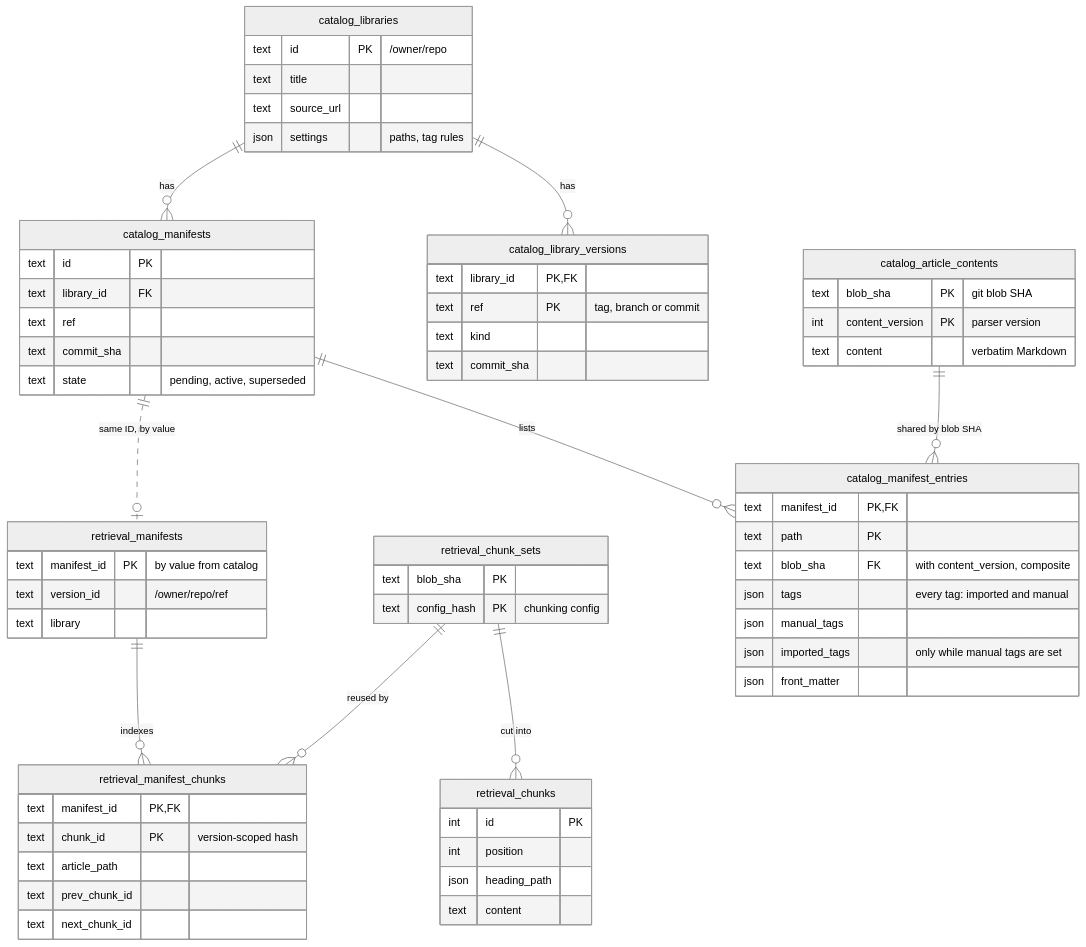
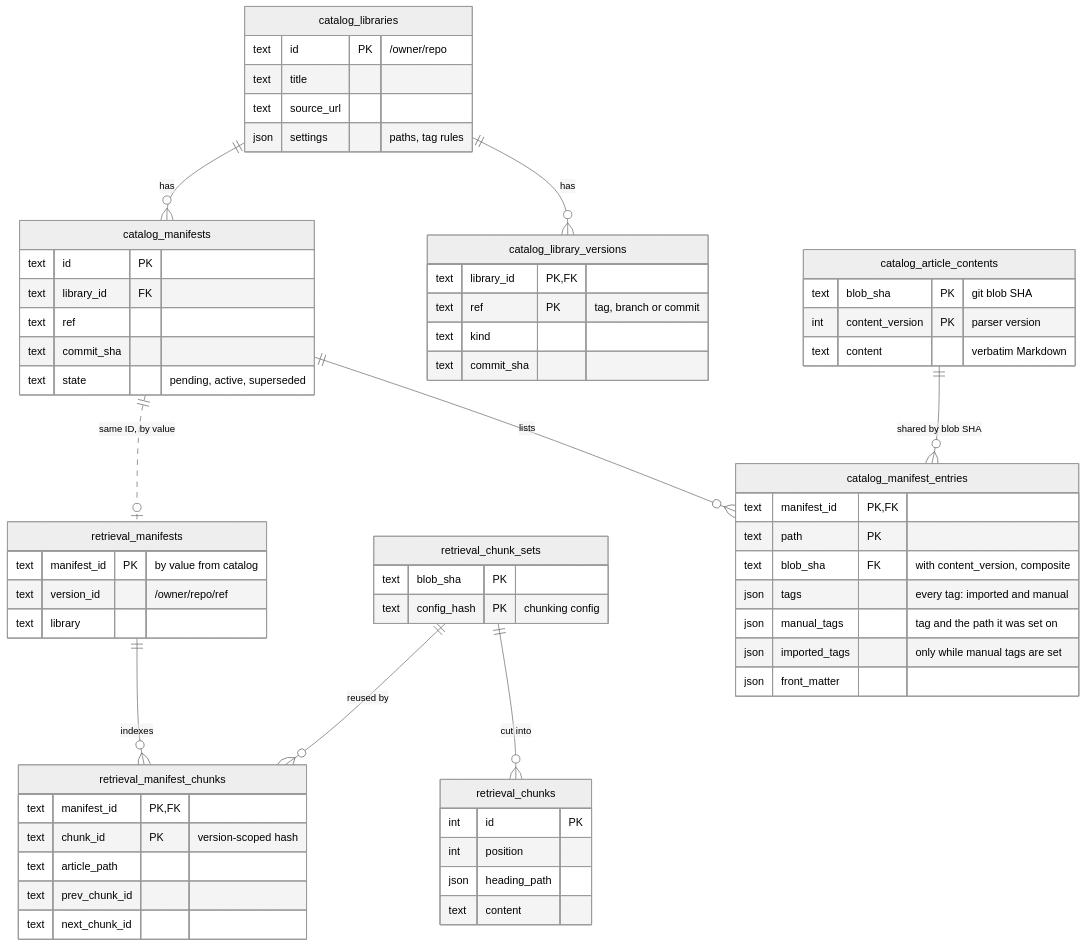
The second of 5 diagrams in docs/architecture.md (SirCypkowskyy/ExactDocs), drawn with Mermaid (neutral theme) before and after one commit. The commit also changed other lines of this file and 22 other files, not shown here.

Commit message:
fix(catalog): manual tags name the path they were set on; one serve worker; per-library tag locks (#68)

````diff
--- a/docs/architecture.md
+++ b/docs/architecture.md
@@ -189,70 +190,70 @@
 ```mermaid
 erDiagram
     catalog_libraries ||--o{ catalog_library_versions : "has"
     catalog_libraries ||--o{ catalog_manifests : "has"
     catalog_manifests ||--o{ catalog_manifest_entries : "lists"
     catalog_article_contents ||--o{ catalog_manifest_entries : "shared by blob SHA"
 
     catalog_libraries {
         text id PK "/owner/repo"
         text title
         text source_url
         json settings "paths, tag rules"
     }
     catalog_library_versions {
         text library_id PK, FK
         text ref PK "tag, branch or commit"
         text kind
         text commit_sha
     }
     catalog_manifests {
         text id PK
         text library_id FK
         text ref
         text commit_sha
         text state "pending, active, superseded"
     }
     catalog_manifest_entries {
         text manifest_id PK, FK
         text path PK
         text blob_sha FK "with content_version, composite"
         json tags "every tag: imported and manual"
-        json manual_tags
+        json manual_tags "tag and the path it was set on"
         json imported_tags "only while manual tags are set"
         json front_matter
     }
     catalog_article_contents {
         text blob_sha PK "git blob SHA"
         int content_version PK "parser version"
         text content "verbatim Markdown"
     }
 
     retrieval_chunk_sets ||--o{ retrieval_chunks : "cut into"
     retrieval_chunk_sets ||--o{ retrieval_manifest_chunks : "reused by"
     retrieval_manifests ||--o{ retrieval_manifest_chunks : "indexes"
 
     retrieval_chunk_sets {
         text blob_sha PK
         text config_hash PK "chunking config"
     }
     retrieval_chunks {
         int id PK
         int position
         json heading_path
         text content
     }
     retrieval_manifests {
         text manifest_id PK "by value from catalog"
         text version_id "/owner/repo/ref"
         text library
     }
     retrieval_manifest_chunks {
         text manifest_id PK, FK
         text chunk_id PK "version-scoped hash"
         text article_path
         text prev_chunk_id
         text next_chunk_id
     }
 
     catalog_manifests ||..o| retrieval_manifests : "same ID, by value"
 ```
````
